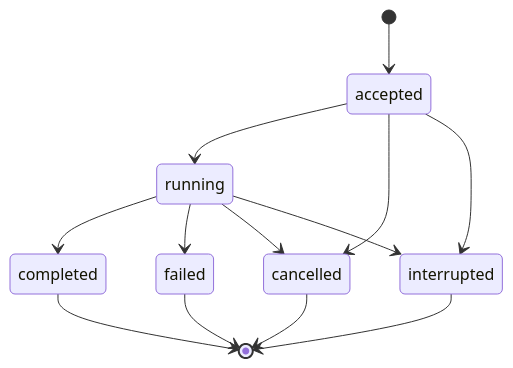
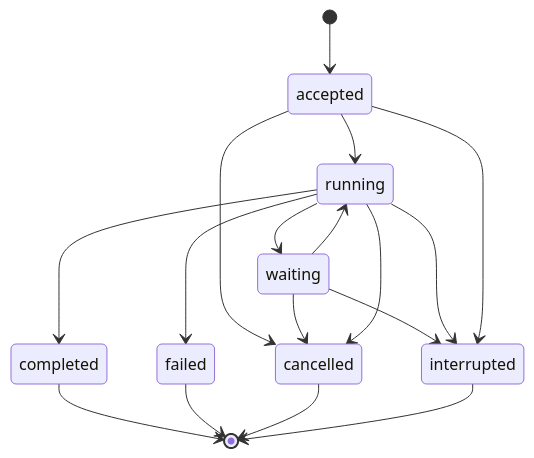
The diagram in spec/agent-ui/02-local-sessions-and-state.md (LTThreeComma/agent-foundation), drawn with Mermaid before and after one commit. The commit also changed other lines of this file and 92 other files, not shown here.

````diff
--- a/spec/agent-ui/02-local-sessions-and-state.md
+++ b/spec/agent-ui/02-local-sessions-and-state.md
@@ -92,16 +101,20 @@
 ```mermaid
 stateDiagram-v2
     [*] --> accepted
     accepted --> running
     accepted --> cancelled
+    running --> waiting
+    waiting --> running
+    waiting --> cancelled
+    waiting --> interrupted
     running --> completed
     running --> failed
     running --> cancelled
     running --> interrupted
     accepted --> interrupted
 
     completed --> [*]
     failed --> [*]
     cancelled --> [*]
     interrupted --> [*]
 ```
````
